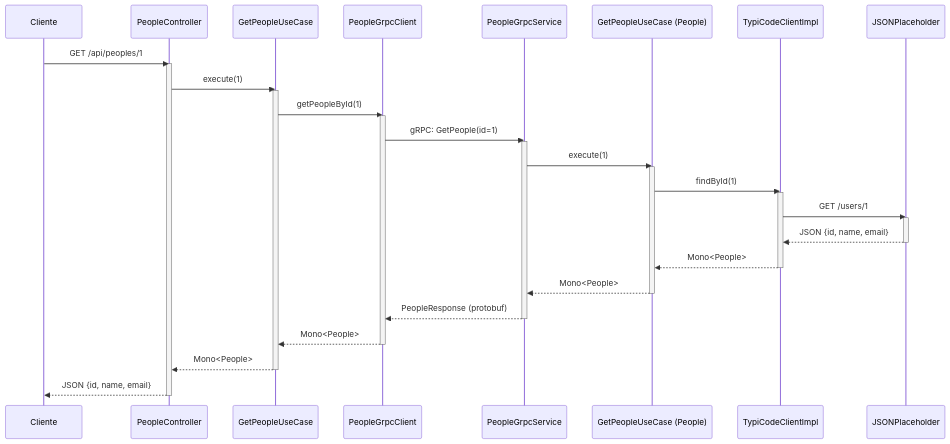
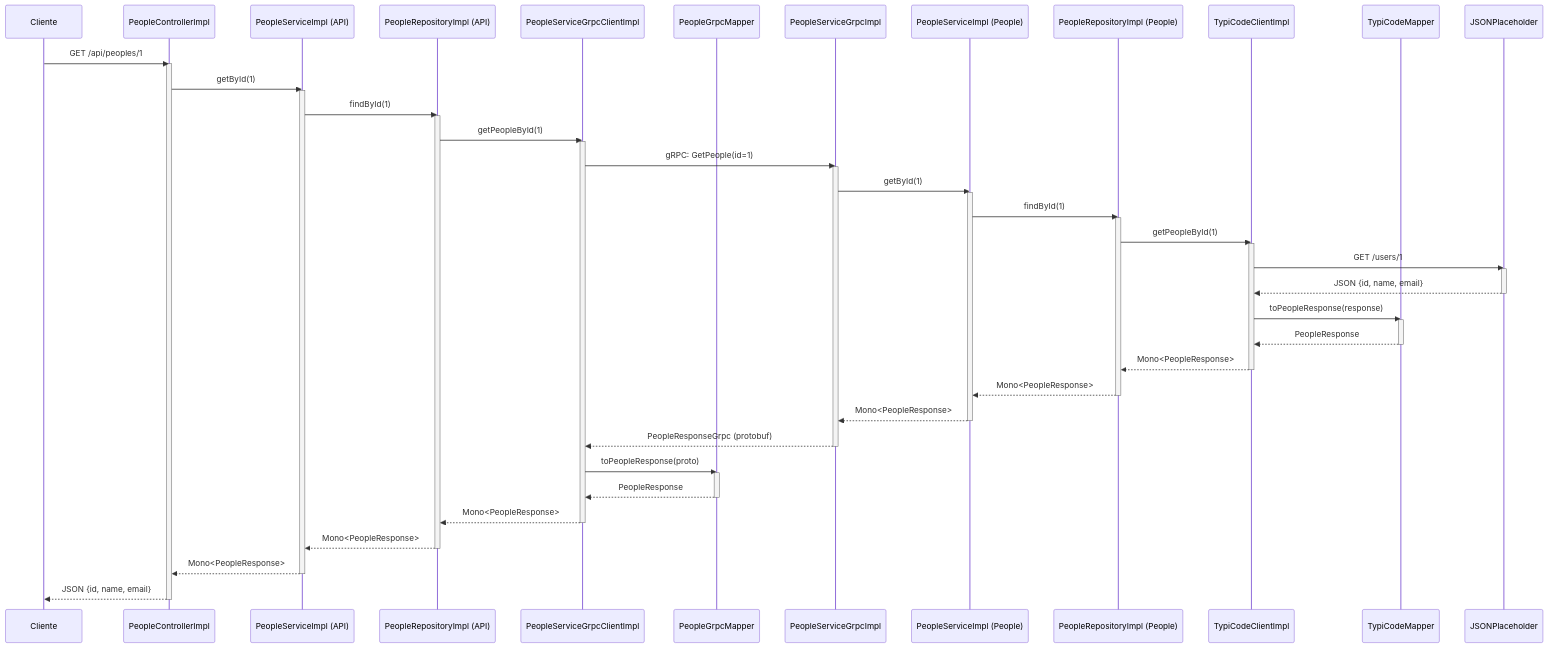
Before and after one commit to eneas-almeida/bridge: the fourth of 15 diagrams in ARCHITECTURE.md, drawn with Mermaid. The commit also changed other lines of this file, not shown here.

````diff
--- a/ARCHITECTURE.md
+++ b/ARCHITECTURE.md
@@ -89,53 +107,79 @@
 ```mermaid
 sequenceDiagram
     participant Client as Cliente
-    participant Controller as PeopleController
-    participant UseCase as GetPeopleUseCase
-    participant GrpcClient as PeopleGrpcClient
-    participant GrpcService as PeopleGrpcService
-    participant PeopleUseCase as GetPeopleUseCase (People)
+    participant Controller as PeopleControllerImpl
+    participant Service as PeopleServiceImpl (API)
+    participant Repo as PeopleRepositoryImpl (API)
+    participant GrpcClient as PeopleServiceGrpcClientImpl
+    participant Mapper as PeopleGrpcMapper
+    participant GrpcService as PeopleServiceGrpcImpl
+    participant PeopleService as PeopleServiceImpl (People)
+    participant PeopleRepo as PeopleRepositoryImpl (People)
     participant HttpClient as TypiCodeClientImpl
+    participant HttpMapper as TypiCodeMapper
     participant External as JSONPlaceholder
 
     Client->>Controller: GET /api/peoples/1
     activate Controller
 
-    Controller->>UseCase: execute(1)
-    activate UseCase
+    Controller->>Service: getById(1)
+    activate Service
 
-    UseCase->>GrpcClient: getPeopleById(1)
+    Service->>Repo: findById(1)
+    activate Repo
+
+    Repo->>GrpcClient: getPeopleById(1)
     activate GrpcClient
 
     GrpcClient->>GrpcService: gRPC: GetPeople(id=1)
     activate GrpcService
 
-    GrpcService->>PeopleUseCase: execute(1)
-    activate PeopleUseCase
+    GrpcService->>PeopleService: getById(1)
+    activate PeopleService
 
-    PeopleUseCase->>HttpClient: findById(1)
+    PeopleService->>PeopleRepo: findById(1)
+    activate PeopleRepo
+
+    PeopleRepo->>HttpClient: getPeopleById(1)
     activate HttpClient
 
     HttpClient->>External: GET /users/1
     activate External
 
     External-->>HttpClient: JSON {id, name, email}
     deactivate External
 
-    HttpClient-->>PeopleUseCase: Mono<People>
+    HttpClient->>HttpMapper: toPeopleResponse(response)
+    activate HttpMapper
+    HttpMapper-->>HttpClient: PeopleResponse
+    deactivate HttpMapper
+
+    HttpClient-->>PeopleRepo: Mono<PeopleResponse>
     deactivate HttpClient
 
-    PeopleUseCase-->>GrpcService: Mono<People>
-    deactivate PeopleUseCase
+    PeopleRepo-->>PeopleService: Mono<PeopleResponse>
+    deactivate PeopleRepo
 
-    GrpcService-->>GrpcClient: PeopleResponse (protobuf)
+    PeopleService-->>GrpcService: Mono<PeopleResponse>
+    deactivate PeopleService
+
+    GrpcService-->>GrpcClient: PeopleResponseGrpc (protobuf)
     deactivate GrpcService
 
-    GrpcClient-->>UseCase: Mono<People>
+    GrpcClient->>Mapper: toPeopleResponse(proto)
+    activate Mapper
+    Mapper-->>GrpcClient: PeopleResponse
+    deactivate Mapper
+
+    GrpcClient-->>Repo: Mono<PeopleResponse>
     deactivate GrpcClient
 
-    UseCase-->>Controller: Mono<People>
-    deactivate UseCase
+    Repo-->>Service: Mono<PeopleResponse>
+    deactivate Repo
+
+    Service-->>Controller: Mono<PeopleResponse>
+    deactivate Service
 
     Controller-->>Client: JSON {id, name, email}
     deactivate Controller
 ```
````
